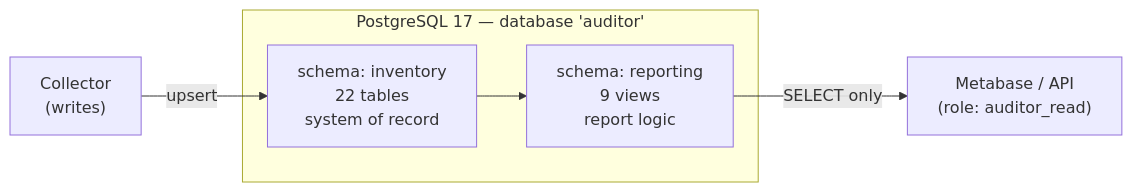
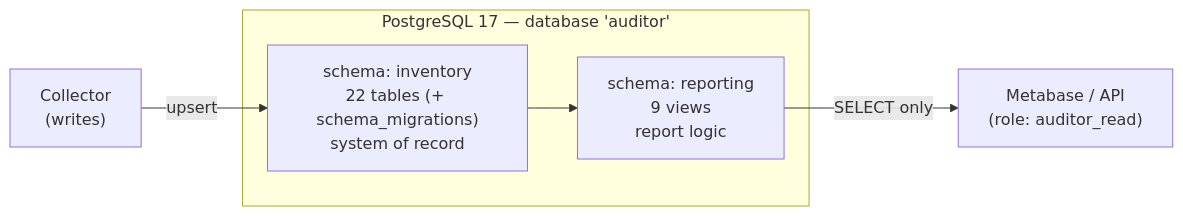
One commit to TyArndt/github-auditor changed the first of 2 diagrams in docs/database-design.md. Above: the diagram before and after it, drawn with Mermaid. The commit also changed other lines of this file and 25 other files, not shown here.

````diff
--- a/docs/database-design.md
+++ b/docs/database-design.md
@@ -39,10 +39,10 @@
 ```mermaid
 flowchart LR
     C["Collector<br/>(writes)"] -->|upsert| INV
     subgraph DB["PostgreSQL 17 — database 'auditor'"]
-        INV["schema: inventory<br/>22 tables<br/>system of record"]
+        INV["schema: inventory<br/>22 tables (+ schema_migrations)<br/>system of record"]
         REP["schema: reporting<br/>9 views<br/>report logic"]
         INV --> REP
     end
     REP -->|SELECT only| MB["Metabase / API<br/>(role: auditor_read)"]
 ```
````
